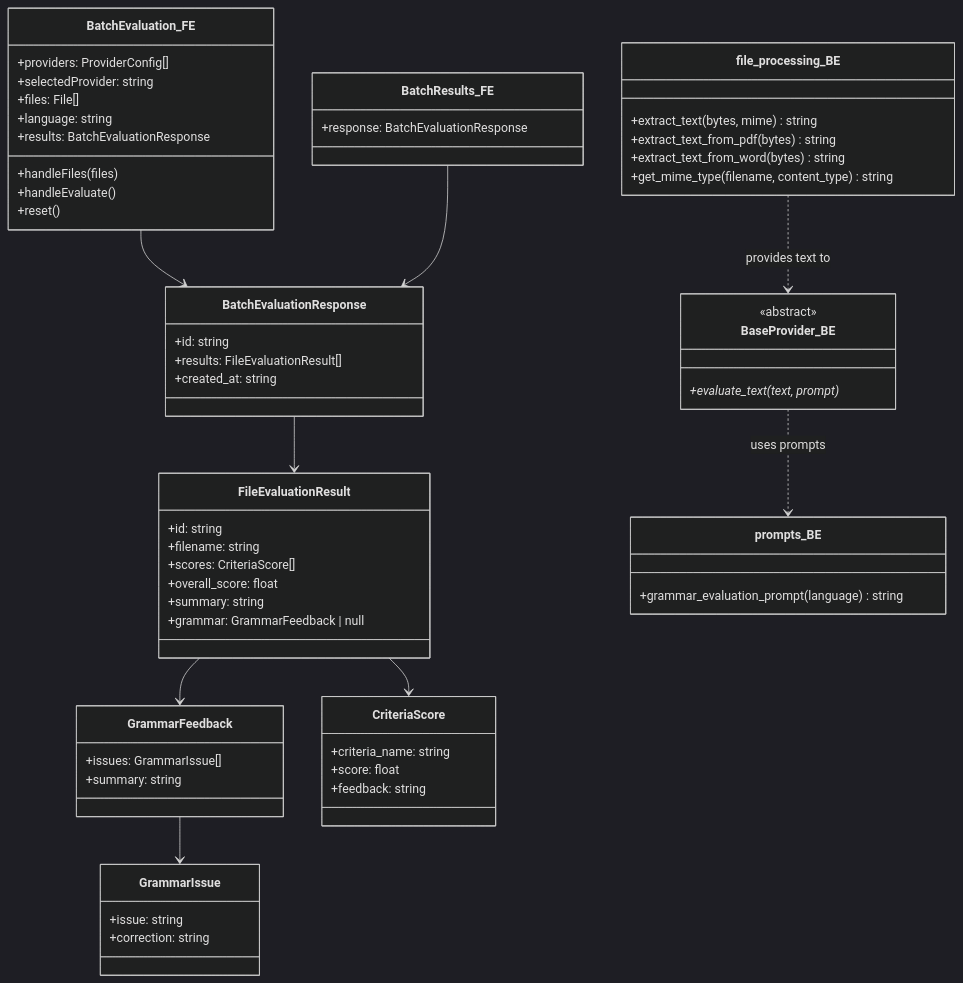
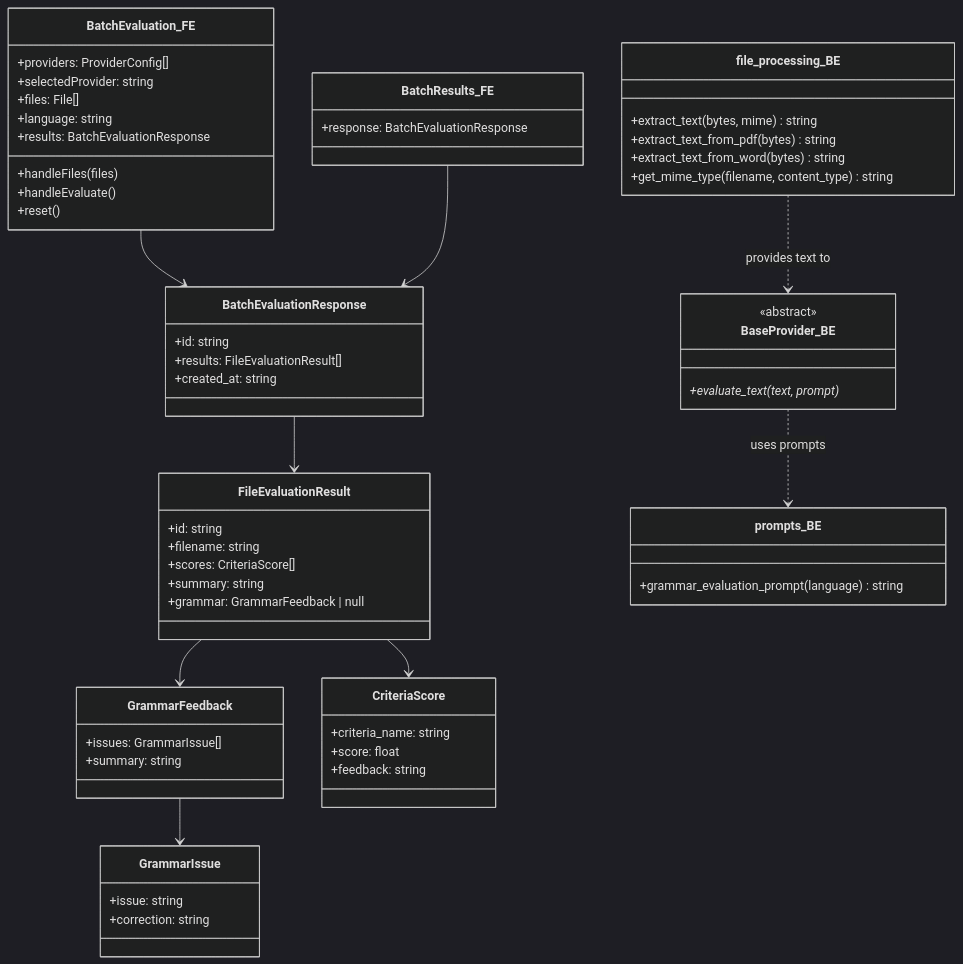
Before and after one commit to franciscosuca/exan: the fifth of 6 diagrams in docs/ARCHITECTURE.md, drawn with Mermaid (dark theme). The commit also changed 10 other files, not shown here.

Commit message:
refactor: remove overall_score from evaluation results and update related components

````diff
--- a/docs/ARCHITECTURE.md
+++ b/docs/ARCHITECTURE.md
@@ -352,75 +352,74 @@
 ```mermaid
 classDiagram
     direction TB
 
     class BatchEvaluation_FE {
         +providers: ProviderConfig[]
         +selectedProvider: string
         +files: File[]
         +language: string
         +results: BatchEvaluationResponse
         +handleFiles(files)
         +handleEvaluate()
         +reset()
     }
 
     class BatchEvaluationResponse {
         +id: string
         +results: FileEvaluationResult[]
         +created_at: string
     }
 
     class FileEvaluationResult {
         +id: string
         +filename: string
         +scores: CriteriaScore[]
-        +overall_score: float
         +summary: string
         +grammar: GrammarFeedback | null
     }
 
     class GrammarFeedback {
         +issues: GrammarIssue[]
         +summary: string
     }
 
     class GrammarIssue {
         +issue: string
         +correction: string
     }
 
     class CriteriaScore {
         +criteria_name: string
         +score: float
         +feedback: string
     }
 
     class BatchResults_FE {
         +response: BatchEvaluationResponse
     }
 
     class BaseProvider_BE {
         <<abstract>>
         +evaluate_text(text, prompt)*
     }
 
     class file_processing_BE {
         +extract_text(bytes, mime) string
         +extract_text_from_pdf(bytes) string
         +extract_text_from_word(bytes) string
         +get_mime_type(filename, content_type) string
     }
 
     class prompts_BE {
         +grammar_evaluation_prompt(language) string
     }
 
     BatchEvaluation_FE --> BatchEvaluationResponse
     BatchEvaluationResponse --> FileEvaluationResult
     FileEvaluationResult --> CriteriaScore
     FileEvaluationResult --> GrammarFeedback
     GrammarFeedback --> GrammarIssue
     BatchResults_FE --> BatchEvaluationResponse
     BaseProvider_BE ..> prompts_BE : uses prompts
     file_processing_BE ..> BaseProvider_BE : provides text to
 ```
````
